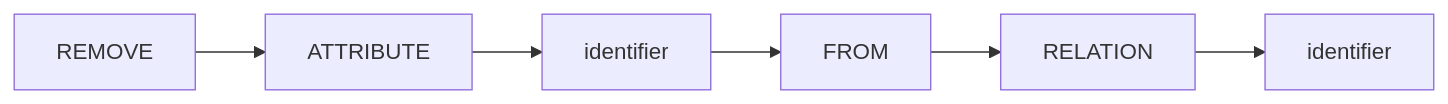
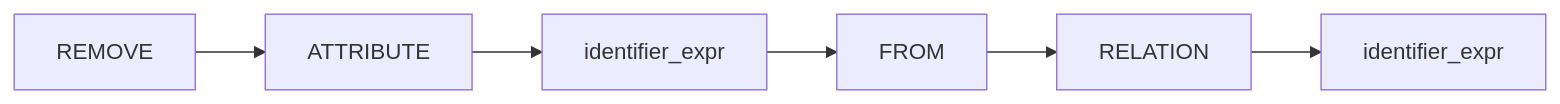
Before and after one commit to tmcnab/db-book: the fifth of 7 diagrams in src/chapters/0X/specification.md, drawn with Mermaid. The commit also changed other lines of this file and 14 other files, not shown here.

````diff
--- a/src/chapters/0X/specification.md
+++ b/src/chapters/0X/specification.md
@@ -26,4 +33,4 @@
 ```mermaid
 	flowchart LR
-	REMOVE --> ATTRIBUTE --> identifier --> FROM --> RELATION --> a[identifier]
+	REMOVE --> ATTRIBUTE --> identifier_expr --> FROM --> RELATION --> a[identifier_expr]
 ```
````
